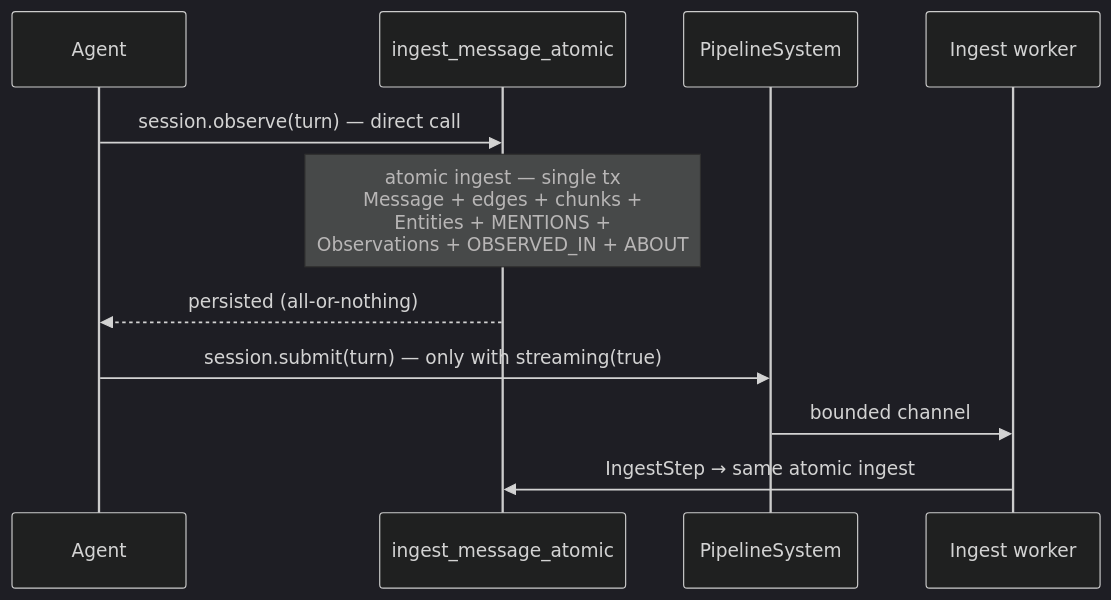
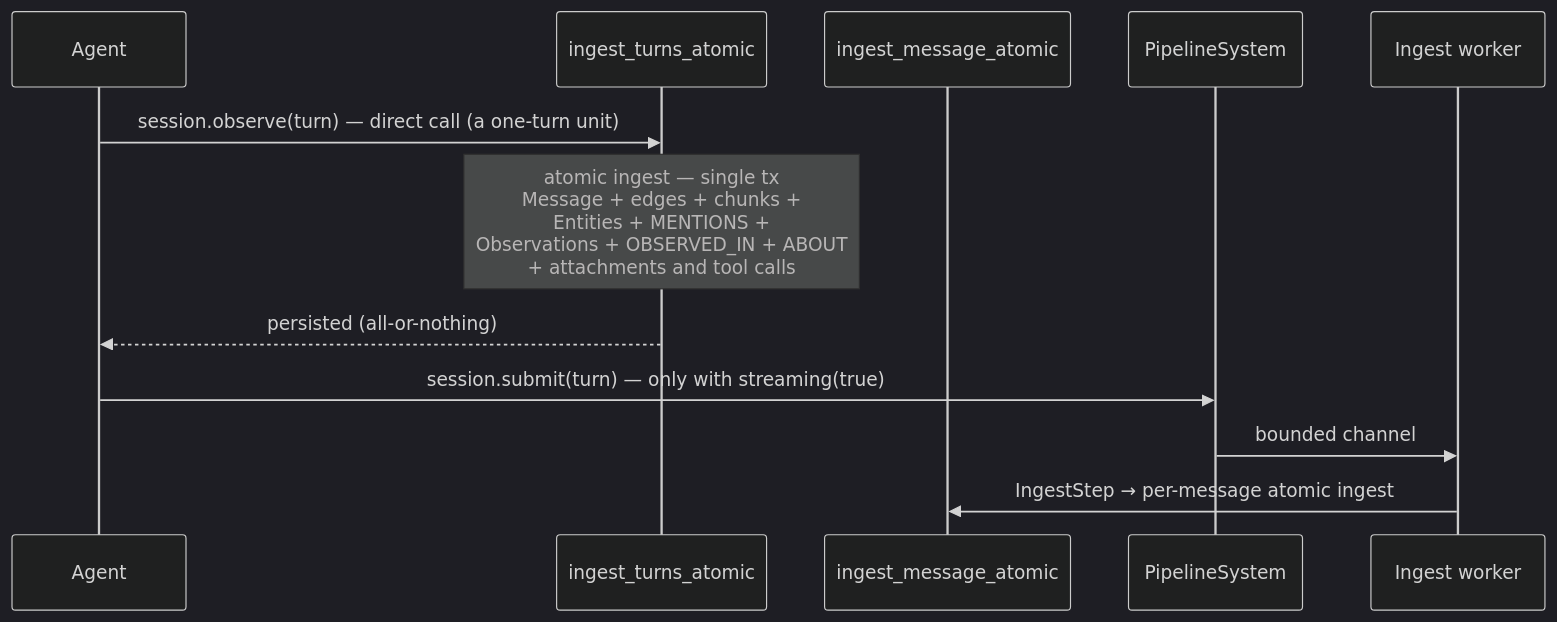
Before and after one commit to rustic-ai/uniko: the second of 2 diagrams in website/docs/concepts/architecture.md, drawn with Mermaid (dark theme). The commit also changed other lines of this file and 45 other files, not shown here.

````diff
--- a/website/docs/concepts/architecture.md
+++ b/website/docs/concepts/architecture.md
@@ -119,15 +119,16 @@
 ```mermaid
 sequenceDiagram
     participant Agent
+    participant IU as ingest_turns_atomic
     participant IA as ingest_message_atomic
     participant PS as PipelineSystem
     participant IW as Ingest worker
 
-    Agent->>IA: session.observe(turn) — direct call
-    Note over IA: atomic ingest — single tx<br/>Message + edges + chunks +<br/>Entities + MENTIONS +<br/>Observations + OBSERVED_IN + ABOUT
-    IA-->>Agent: persisted (all-or-nothing)
+    Agent->>IU: session.observe(turn) — direct call (a one-turn unit)
+    Note over IU: atomic ingest — single tx<br/>Message + edges + chunks +<br/>Entities + MENTIONS +<br/>Observations + OBSERVED_IN + ABOUT<br/>+ attachments and tool calls
+    IU-->>Agent: persisted (all-or-nothing)
 
     Agent->>PS: session.submit(turn) — only with streaming(true)
     PS->>IW: bounded channel
-    IW->>IA: IngestStep → same atomic ingest
+    IW->>IA: IngestStep → per-message atomic ingest
 ```
````
